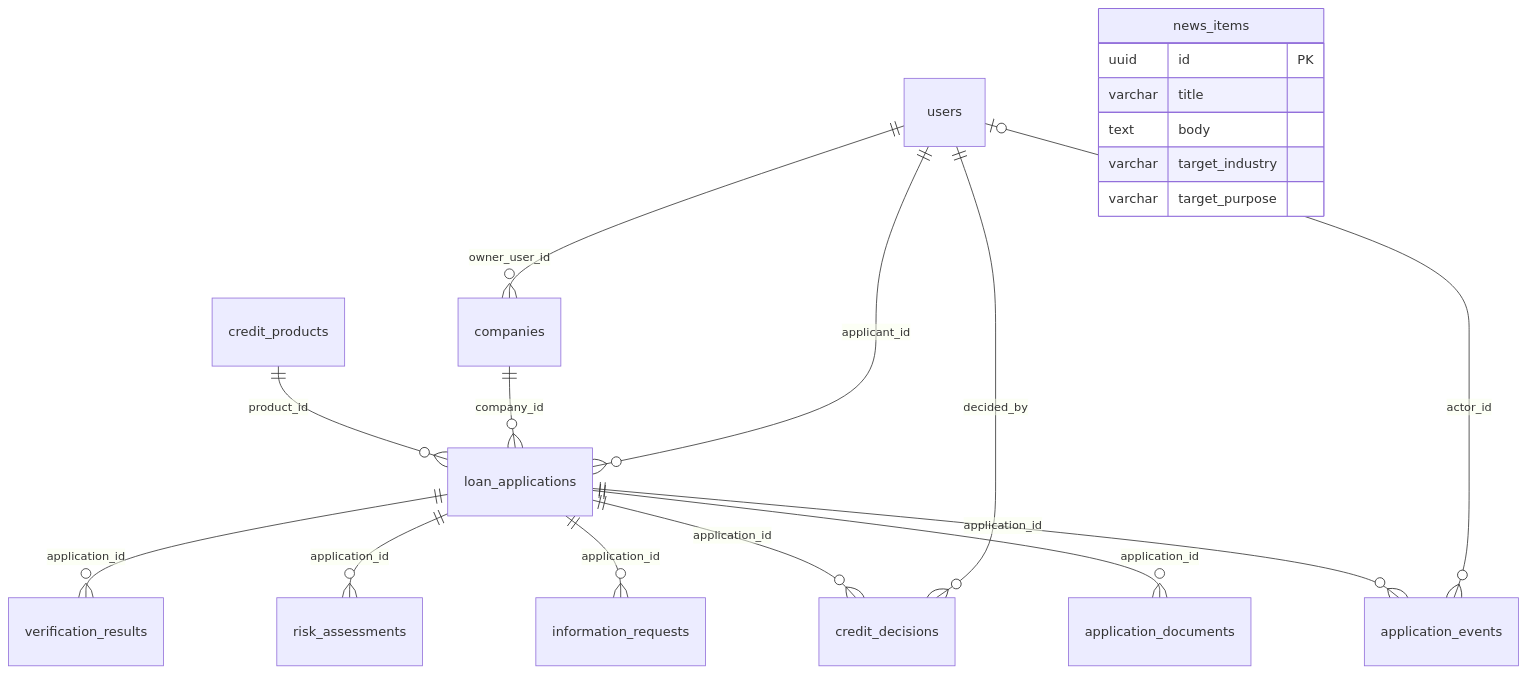
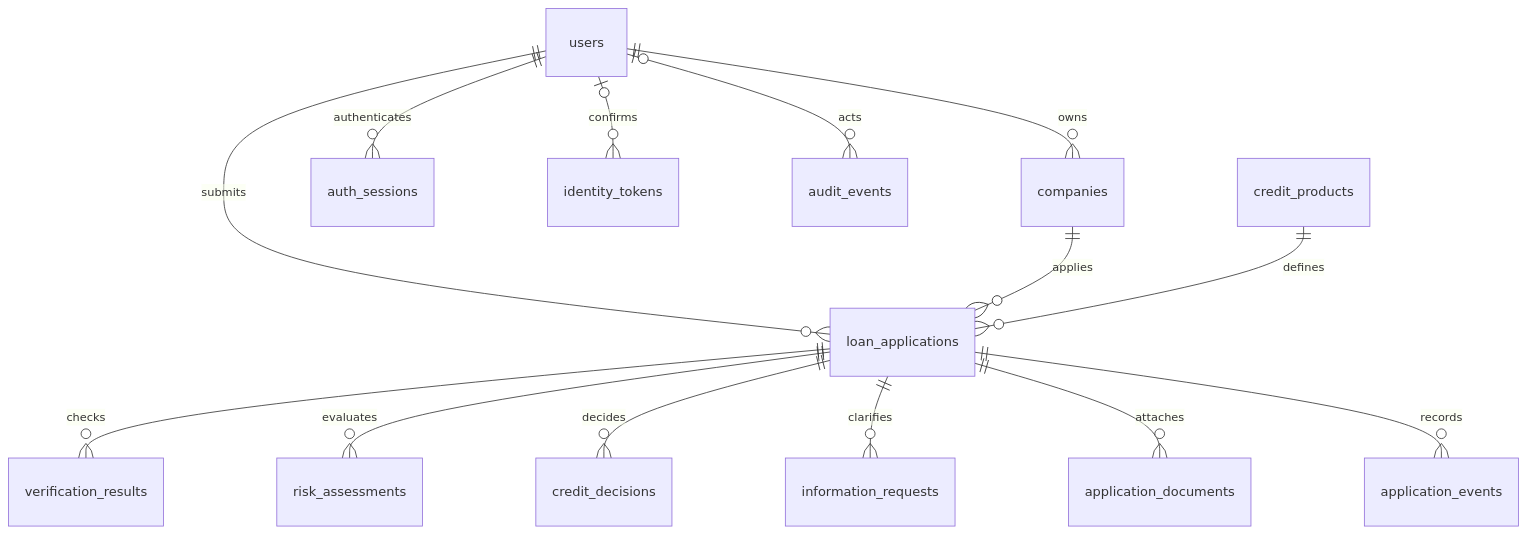
The diagram in backend/docs/data-model.md (SanoEnger/AlfaFuture2026_Team_Lemonchiki), drawn with Mermaid before and after one commit. The commit also changed other lines of this file and 119 other files, not shown here.

````diff
--- a/backend/docs/data-model.md
+++ b/backend/docs/data-model.md
@@ -53,22 +30,16 @@
-```mermaid
+~~~mermaid
 erDiagram
-    users ||--o{ companies : owner_user_id
-    users ||--o{ loan_applications : applicant_id
-    users ||--o{ credit_decisions : decided_by
-    users o|--o{ application_events : actor_id
-    companies ||--o{ loan_applications : company_id
-    credit_products ||--o{ loan_applications : product_id
-    loan_applications ||--o{ verification_results : application_id
-    loan_applications ||--o{ risk_assessments : application_id
-    loan_applications ||--o{ credit_decisions : application_id
-    loan_applications ||--o{ information_requests : application_id
-    loan_applications ||--o{ application_documents : application_id
-    loan_applications ||--o{ application_events : application_id
-    news_items {
-        uuid id PK
-        varchar title
-        text body
-        varchar target_industry
-        varchar target_purpose
-    }
-```
+    users ||--o{ companies : owns
+    users ||--o{ loan_applications : submits
+    users ||--o{ auth_sessions : authenticates
+    users o|--o{ identity_tokens : confirms
+    users o|--o{ audit_events : acts
+    companies ||--o{ loan_applications : applies
+    credit_products ||--o{ loan_applications : defines
+    loan_applications ||--o{ verification_results : checks
+    loan_applications ||--o{ risk_assessments : evaluates
+    loan_applications ||--o{ credit_decisions : decides
+    loan_applications ||--o{ information_requests : clarifies
+    loan_applications ||--o{ application_documents : attaches
+    loan_applications ||--o{ application_events : records
+~~~
````
